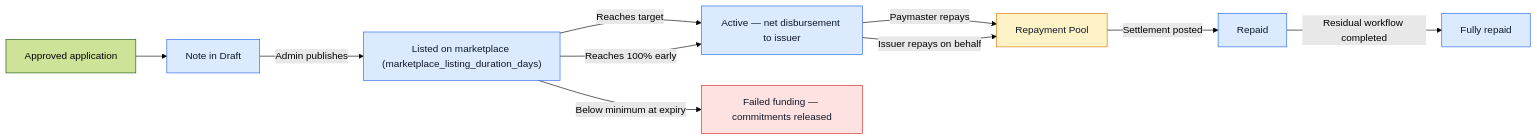
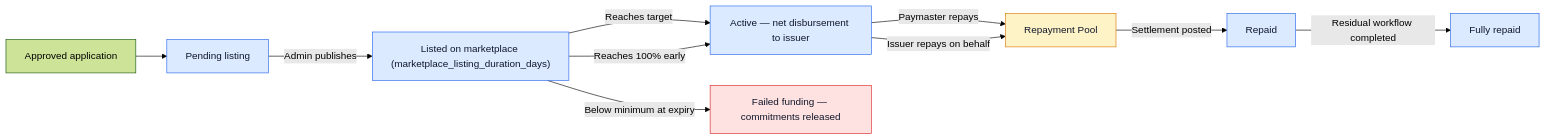
The diagram in packages/help-content/markdown/issuer-marketplace-and-repayment.md (Malcan-Technologies/shoraka), drawn with Mermaid (forest theme) before and after one commit. The commit also changed other lines of this file and 204 other files, not shown here.

````diff
--- a/packages/help-content/markdown/issuer-marketplace-and-repayment.md
+++ b/packages/help-content/markdown/issuer-marketplace-and-repayment.md
@@ -106,20 +106,20 @@
 ```mermaid
 flowchart LR
-  approved["Approved application"] --> draft["Note in Draft"]
+  approved["Approved application"] --> draft["Pending listing"]
   draft -->|"Admin publishes"| listed["Listed on marketplace (marketplace_listing_duration_days)"]
   listed -->|"Reaches target"| active["Active — net disbursement to issuer"]
   listed -->|"Reaches 100% early"| active
   listed -->|"Below minimum at expiry"| failed["Failed funding — commitments released"]
   active -->|"Paymaster repays"| pool["Repayment Pool"]
   active -->|"Issuer repays on behalf"| pool
   pool -->|"Settlement posted"| repaid["Repaid"]
   repaid -->|"Residual workflow completed"| done["Fully repaid"]
 
   class draft,listed,active,repaid,done lifecycle
   class failed terminal
   class pool pool
 
   classDef lifecycle fill:#dbeafe,stroke:#2563eb,color:#0f172a
   classDef terminal fill:#fee2e2,stroke:#dc2626,color:#0f172a
   classDef pool fill:#fef3c7,stroke:#d97706,color:#0f172a
 ```
````
